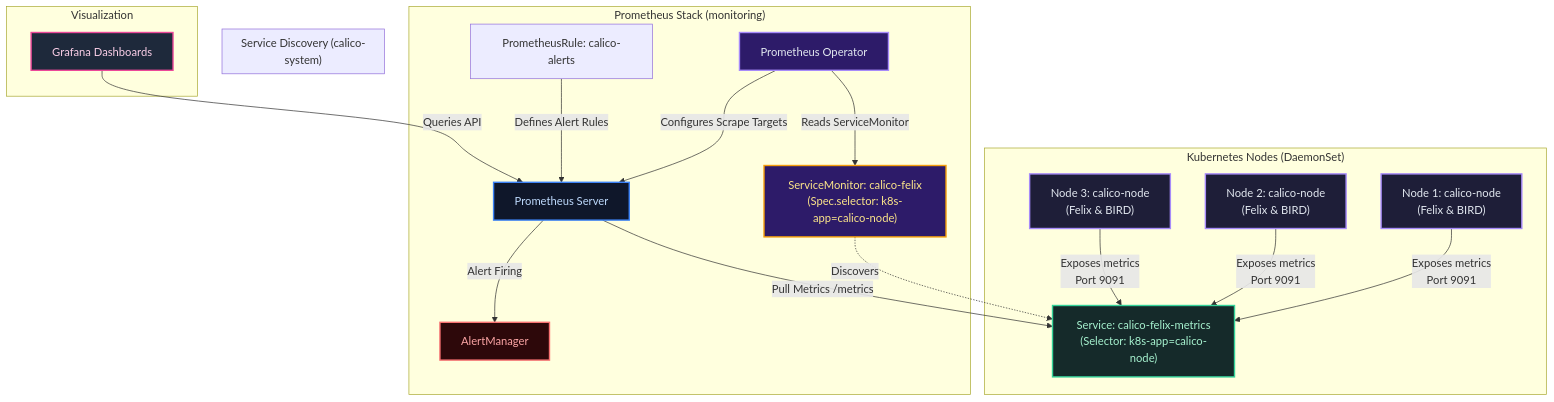
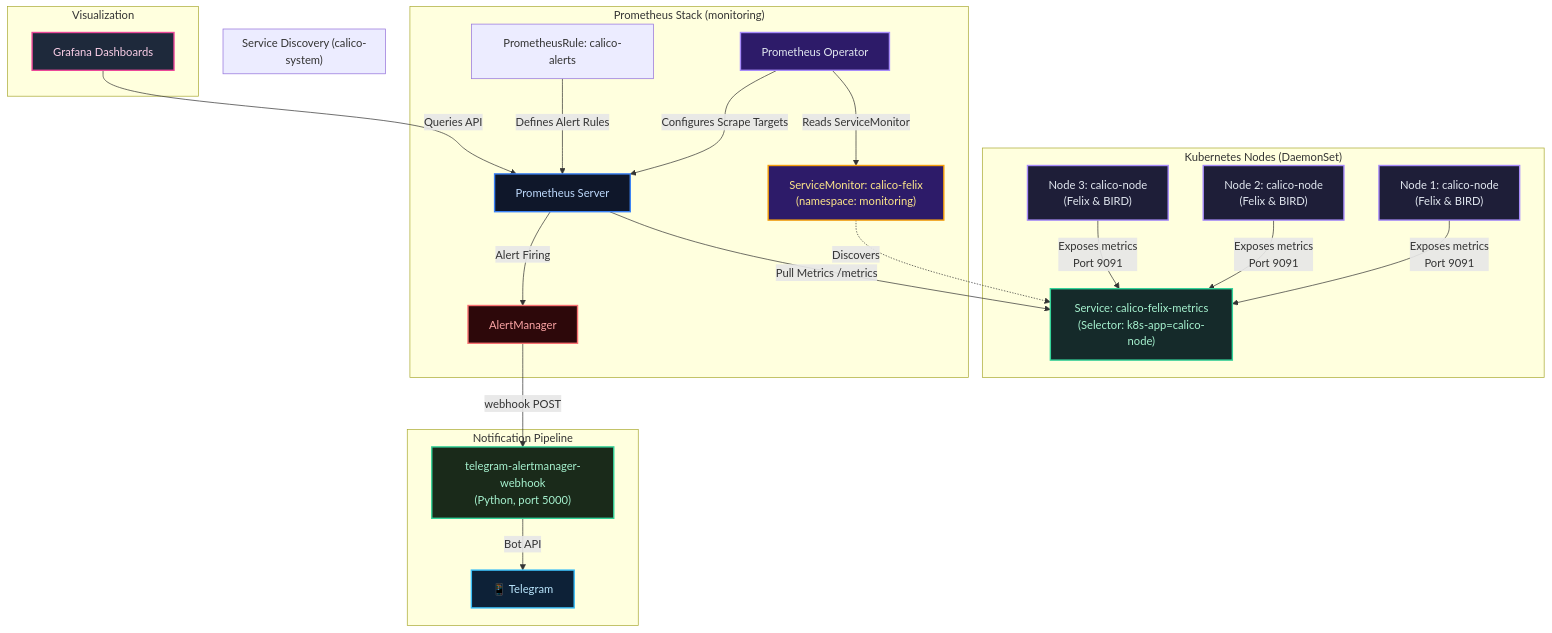
The diagram in kubernetes-networking/k8s-lab/tap-23-calico-observability/lab-guide.md (thangphan205/network-thuc-chien), drawn with Mermaid before and after one commit. The commit also changed other lines of this file and 15 other files, not shown here.

````diff
--- a/kubernetes-networking/k8s-lab/tap-23-calico-observability/lab-guide.md
+++ b/kubernetes-networking/k8s-lab/tap-23-calico-observability/lab-guide.md
@@ -7,36 +7,42 @@
 ```mermaid
 graph TD
   subgraph k8s_nodes ["Kubernetes Nodes (DaemonSet)"]
     A1["Node 1: calico-node<br/>(Felix & BIRD)"] -- "Exposes metrics<br/>Port 9091" --> S
     A2["Node 2: calico-node<br/>(Felix & BIRD)"] -- "Exposes metrics<br/>Port 9091" --> S
     A3["Node 3: calico-node<br/>(Felix & BIRD)"] -- "Exposes metrics<br/>Port 9091" --> S
   end
 
   subgraph service_discovery ["Service Discovery (calico-system)"]
     S["Service: calico-felix-metrics<br/>(Selector: k8s-app=calico-node)"]
   end
 
   subgraph prometheus_stack ["Prometheus Stack (monitoring)"]
-    SM["ServiceMonitor: calico-felix<br/>(Spec.selector: k8s-app=calico-node)"] -.->|Discovers| S
+    SM["ServiceMonitor: calico-felix<br/>(namespace: monitoring)"] -.->|Discovers| S
     PO["Prometheus Operator"] -->|Reads ServiceMonitor| SM
     PO -->|Configures Scrape Targets| P["Prometheus Server"]
     P -->|Pull Metrics /metrics| S
-    
     PR["PrometheusRule: calico-alerts"] -->|Defines Alert Rules| P
     P -->|Alert Firing| AM["AlertManager"]
+  end
+
+  subgraph notification ["Notification Pipeline"]
+    AM -->|webhook POST| TW["telegram-alertmanager-webhook<br/>(Python, port 5000)"]
+    TW -->|Bot API| TG["📱 Telegram"]
   end
 
   subgraph visualization ["Visualization"]
     G["Grafana Dashboards"] -->|Queries API| P
   end
 
   style A1 fill:#1e1e38,stroke:#a78bfa,stroke-width:2px,color:#e2e8f0
   style A2 fill:#1e1e38,stroke:#a78bfa,stroke-width:2px,color:#e2e8f0
   style A3 fill:#1e1e38,stroke:#a78bfa,stroke-width:2px,color:#e2e8f0
   style S fill:#152a2a,stroke:#34d399,stroke-width:2px,color:#a7f3d0
   style SM fill:#2d1b69,stroke:#f59e0b,stroke-width:2px,color:#fde68a
   style PO fill:#2d1b69,stroke:#a78bfa,stroke-width:2px,color:#e2e8f0
   style P fill:#0f172a,stroke:#3b82f6,stroke-width:2px,color:#bfdbfe
   style AM fill:#2d080a,stroke:#f87171,stroke-width:2px,color:#fca5a5
+  style TW fill:#1a2a1a,stroke:#34d399,stroke-width:2px,color:#a7f3d0
+  style TG fill:#0d2137,stroke:#38bdf8,stroke-width:2px,color:#bae6fd
   style G fill:#1e293b,stroke:#ec4899,stroke-width:2px,color:#fbcfe8
 ```
````
